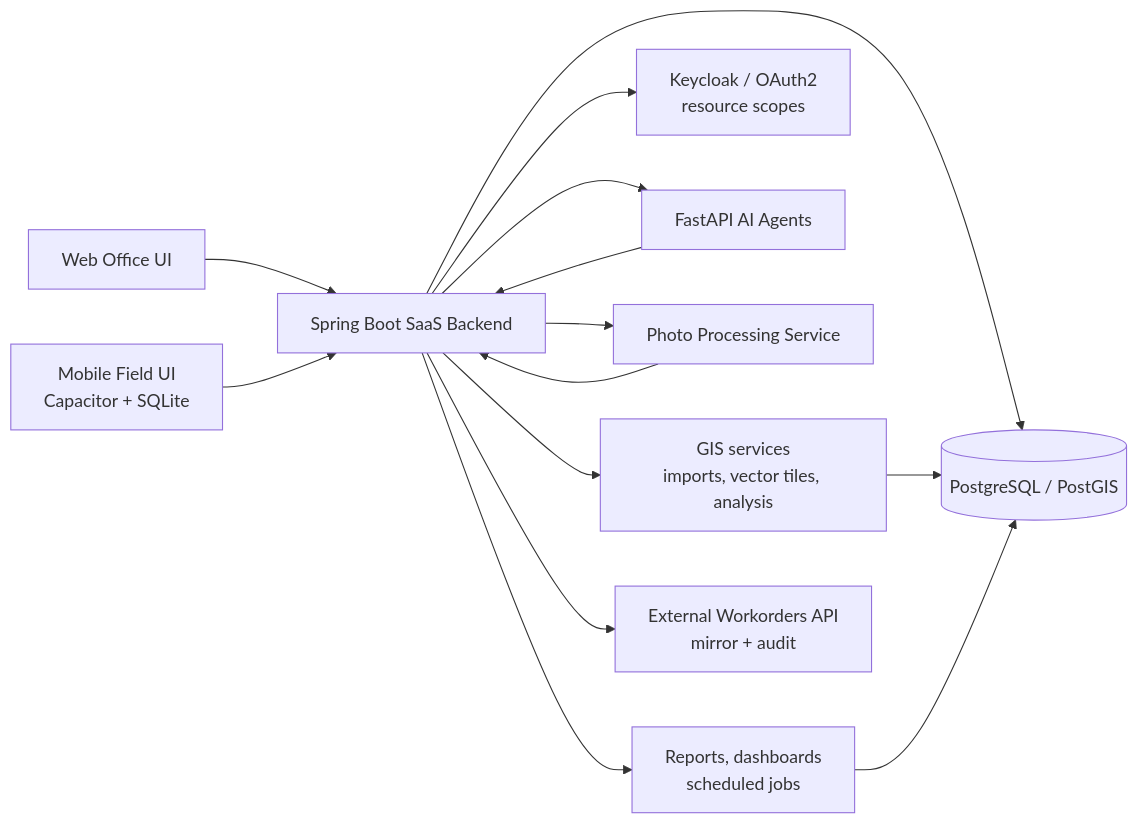
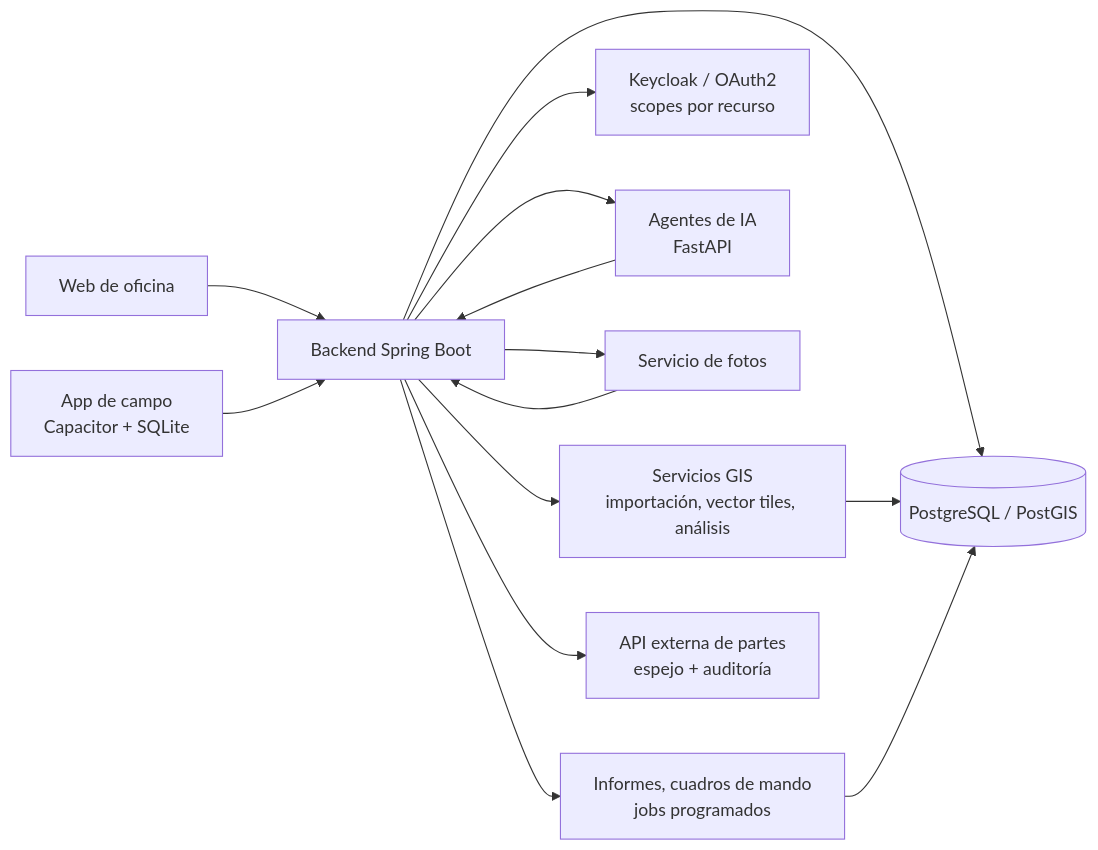
The first of 5 diagrams in diagrams/appfibra-platform.md (rabiiie/rsamadi-portfolio), drawn with Mermaid before and after one commit. The commit also changed other lines of this file and 8 other files, not shown here.

````diff
--- a/diagrams/appfibra-platform.md
+++ b/diagrams/appfibra-platform.md
@@ -7,17 +7,17 @@
 ```mermaid
 flowchart LR
-    Web["Web Office UI"] --> API["Spring Boot SaaS Backend"]
-    Mobile["Mobile Field UI<br/>Capacitor + SQLite"] --> API
+    Web["Web de oficina"] --> API["Backend Spring Boot"]
+    Mobile["App de campo<br/>Capacitor + SQLite"] --> API
     API --> DB[("PostgreSQL / PostGIS")]
-    API --> GIS["GIS services<br/>imports, vector tiles, analysis"]
-    API --> IAM["Keycloak / OAuth2<br/>resource scopes"]
-    API --> Agents["FastAPI AI Agents"]
-    API --> Photos["Photo Processing Service"]
-    API --> BI["Reports, dashboards<br/>scheduled jobs"]
-    API --> Ext["External Workorders API<br/>mirror + audit"]
+    API --> GIS["Servicios GIS<br/>importación, vector tiles, análisis"]
+    API --> IAM["Keycloak / OAuth2<br/>scopes por recurso"]
+    API --> Agents["Agentes de IA<br/>FastAPI"]
+    API --> Photos["Servicio de fotos"]
+    API --> BI["Informes, cuadros de mando<br/>jobs programados"]
+    API --> Ext["API externa de partes<br/>espejo + auditoría"]
 
     GIS --> DB
     BI --> DB
     Agents --> API
     Photos --> API
 ```
````
